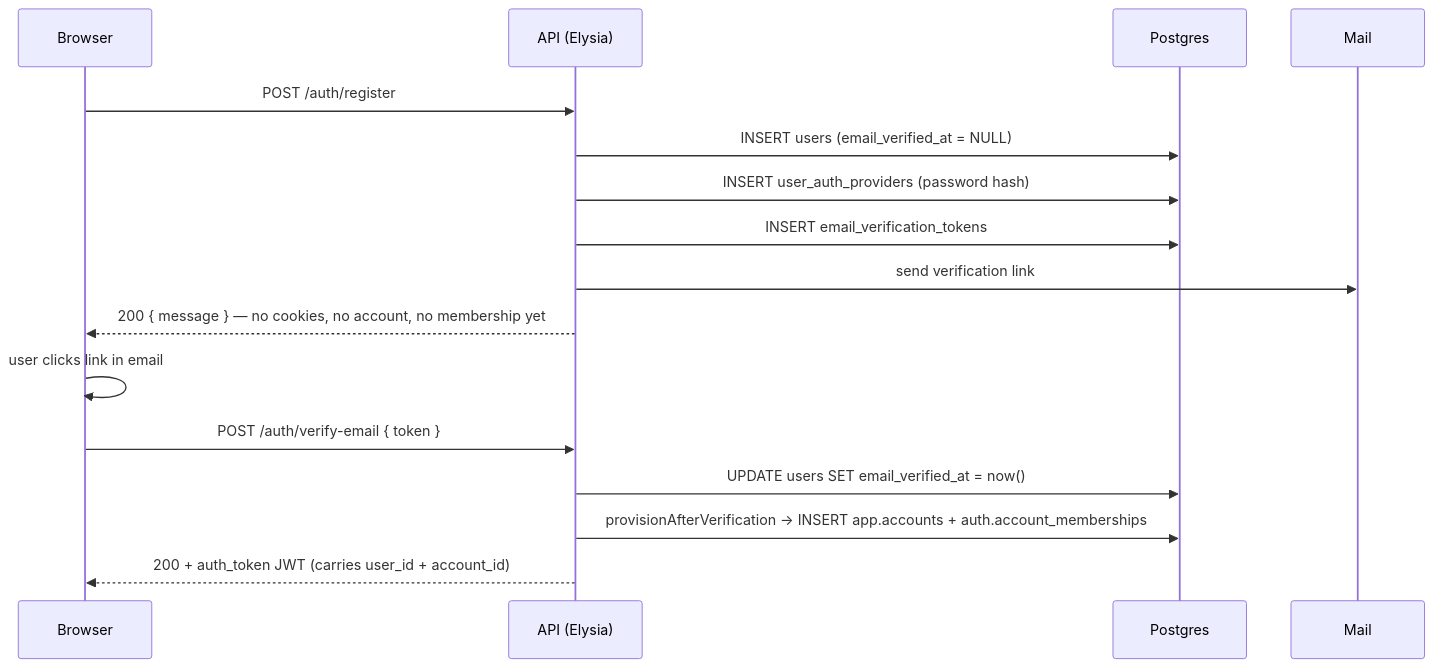
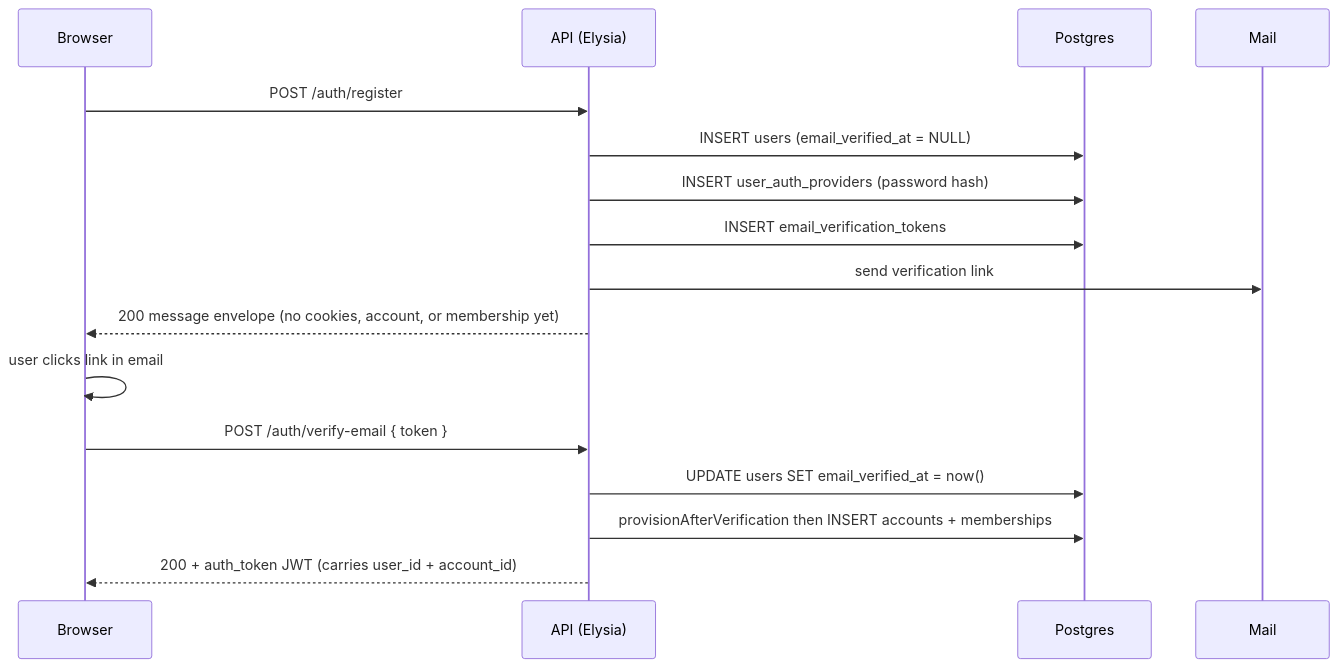
Before and after one commit to AI-Starter-Templates/.github: the first of 2 diagrams in src/content/docs/api/multi-tenant.mdx, drawn with Mermaid. The commit also changed other lines of this file and 9 other files, not shown here.

````diff
--- a/src/content/docs/api/multi-tenant.mdx
+++ b/src/content/docs/api/multi-tenant.mdx
@@ -27,18 +27,18 @@
 ```mermaid
 sequenceDiagram
   participant B as Browser
   participant API as API (Elysia)
   participant DB as Postgres
   participant Mail
   B->>API: POST /auth/register
   API->>DB: INSERT users (email_verified_at = NULL)
   API->>DB: INSERT user_auth_providers (password hash)
   API->>DB: INSERT email_verification_tokens
   API->>Mail: send verification link
-  API-->>B: 200 { message } — no cookies, no account, no membership yet
+  API-->>B: 200 message envelope (no cookies, account, or membership yet)
   B->>B: user clicks link in email
   B->>API: POST /auth/verify-email { token }
   API->>DB: UPDATE users SET email_verified_at = now()
-  API->>DB: provisionAfterVerification → INSERT app.accounts + auth.account_memberships
+  API->>DB: provisionAfterVerification then INSERT accounts + memberships
   API-->>B: 200 + auth_token JWT (carries user_id + account_id)
 ```
````
